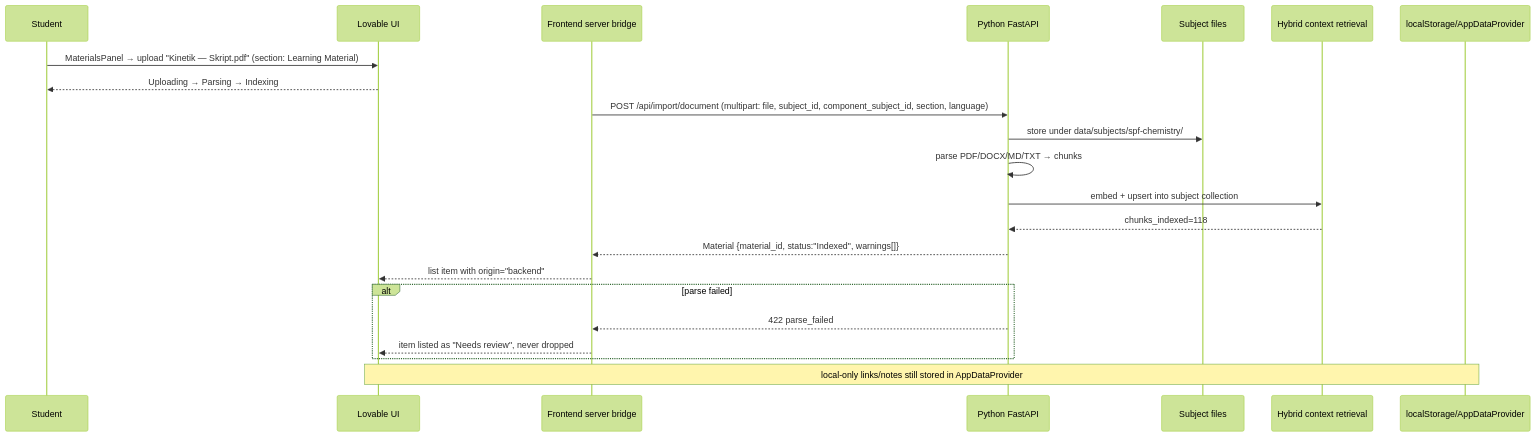
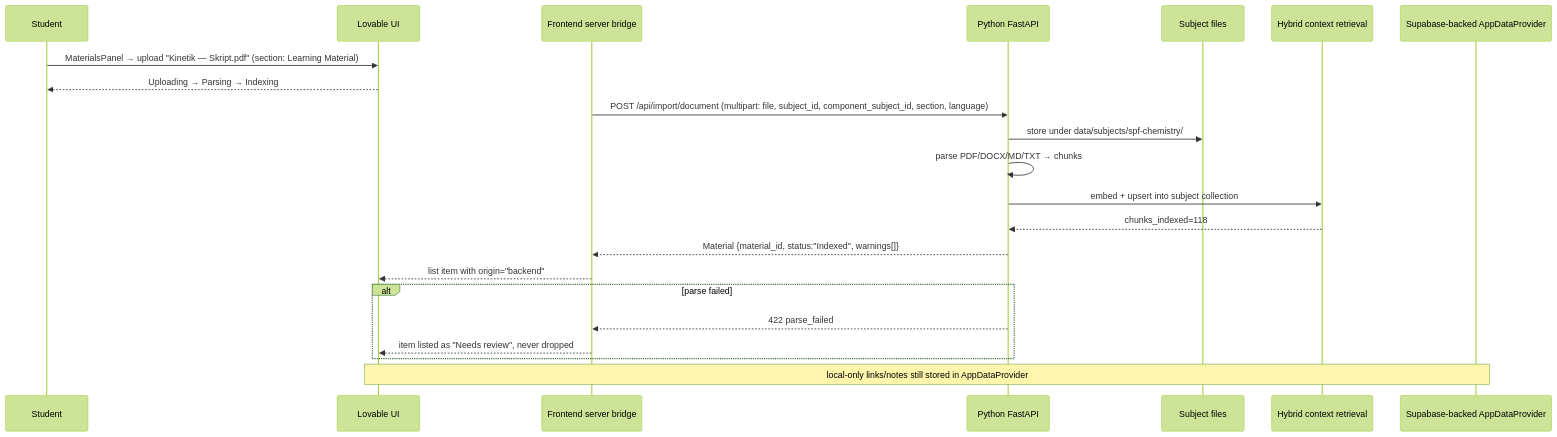
Diagram 11 of 14 in docs/USER_FLOWS.md (keyshavmor/study-swiss-star), drawn with Mermaid (forest theme) before and after one commit. The commit also changed other lines of this file and 118 other files, not shown here.

````diff
--- a/docs/USER_FLOWS.md
+++ b/docs/USER_FLOWS.md
@@ -246,24 +246,24 @@
 ```mermaid
 sequenceDiagram
     participant Student
     participant UI as Lovable UI
     participant SF as Frontend server bridge
     participant PY as Python FastAPI
     participant FILES as Subject files
     participant RAG as Hybrid context retrieval
-    participant LS as localStorage/AppDataProvider
+    participant LS as Supabase-backed AppDataProvider
     Student->>UI: MaterialsPanel → upload "Kinetik — Skript.pdf" (section: Learning Material)
     UI-->>Student: Uploading → Parsing → Indexing
     SF->>PY: POST /api/import/document (multipart: file, subject_id, component_subject_id, section, language)
     PY->>FILES: store under data/subjects/spf-chemistry/
     PY->>PY: parse PDF/DOCX/MD/TXT → chunks
     PY->>RAG: embed + upsert into subject collection
     RAG-->>PY: chunks_indexed=118
     PY-->>SF: Material {material_id, status:"Indexed", warnings[]}
     SF-->>UI: list item with origin="backend"
     alt parse failed
         PY-->>SF: 422 parse_failed
         SF-->>UI: item listed as "Needs review", never dropped
     end
     Note over UI,LS: local-only links/notes still stored in AppDataProvider
 ```
````
